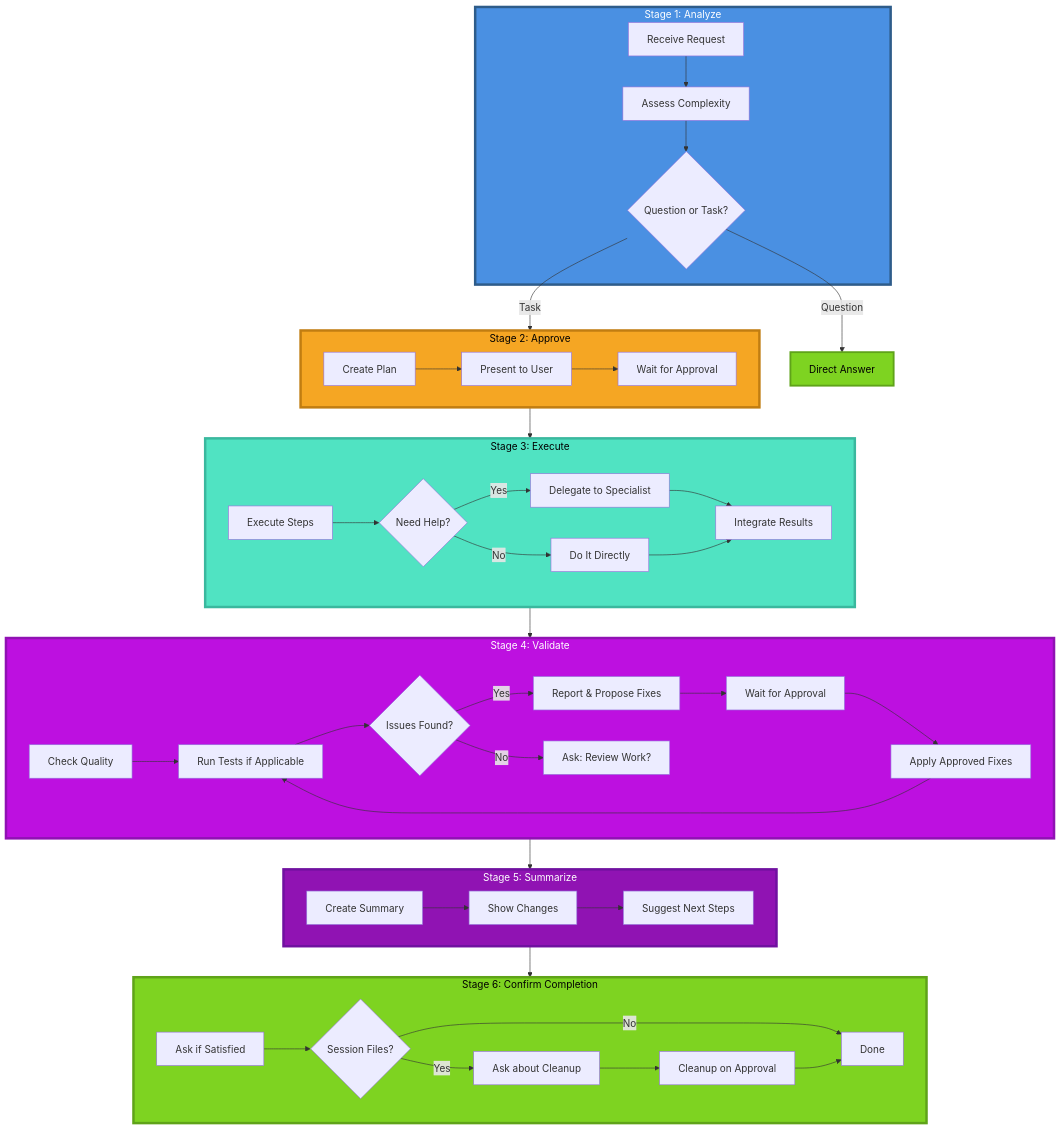
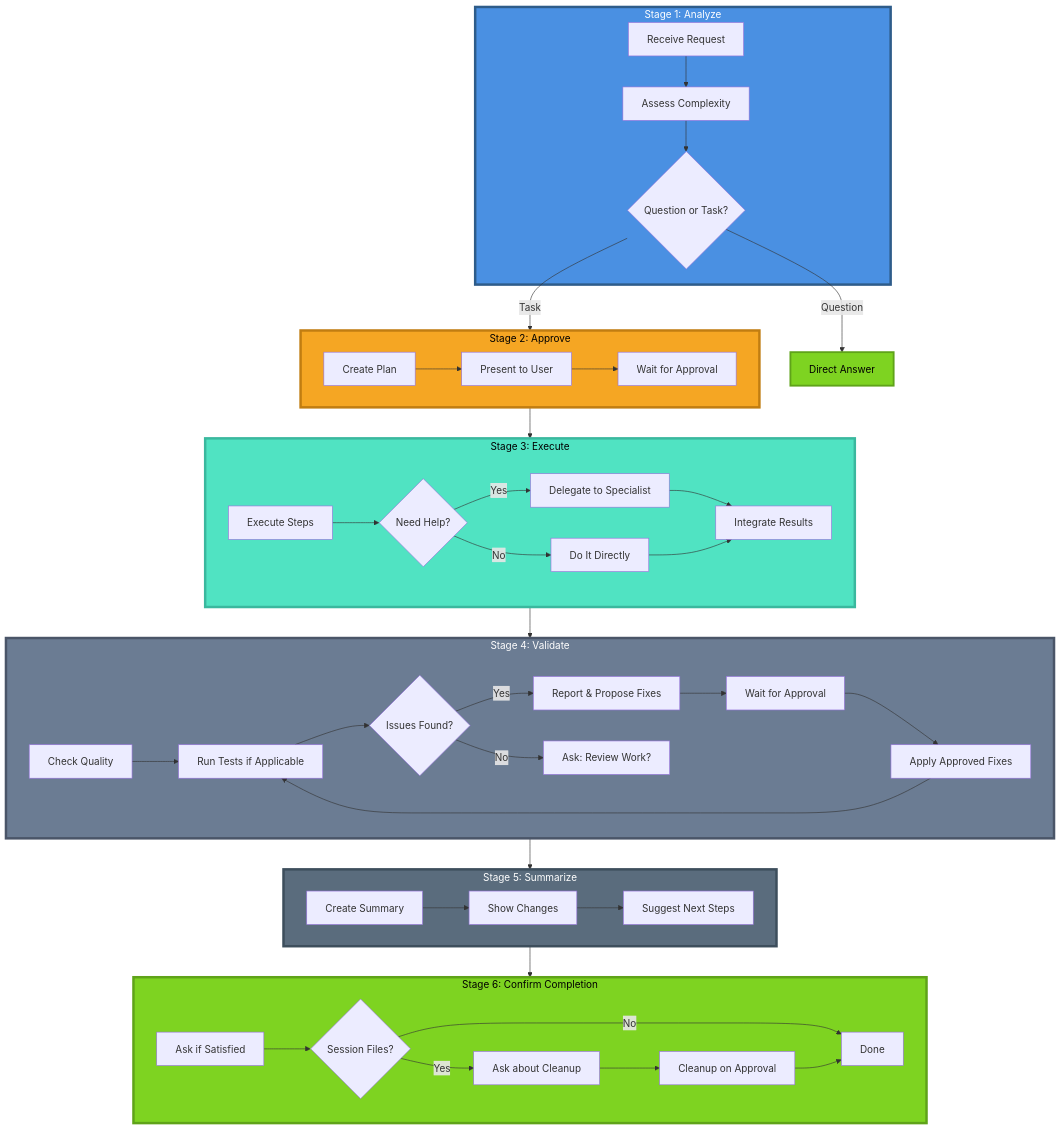
The fourth of 17 diagrams in docs/agents/openagent.md (shahboura/agents-copilot), drawn with Mermaid before and after one commit. The commit also changed other lines of this file and 25 other files, not shown here.

````diff
--- a/docs/agents/openagent.md
+++ b/docs/agents/openagent.md
@@ -145,58 +145,58 @@
 ```mermaid
 graph TD
     subgraph Stage1["Stage 1: Analyze"]
         A1[Receive Request] --> A2[Assess Complexity]
         A2 --> A3{Question or Task?}
     end
     
     subgraph Stage2["Stage 2: Approve"]
         B1[Create Plan] --> B2[Present to User]
         B2 --> B3[Wait for Approval]
     end
     
     subgraph Stage3["Stage 3: Execute"]
         C1[Execute Steps] --> C2{Need Help?}
         C2 -->|Yes| C3[Delegate to Specialist]
         C2 -->|No| C4[Do It Directly]
         C3 --> C5[Integrate Results]
         C4 --> C5
     end
     
     subgraph Stage4["Stage 4: Validate"]
         D1[Check Quality] --> D2[Run Tests if Applicable]
         D2 --> D3{Issues Found?}
         D3 -->|Yes| D4[Report & Propose Fixes]
         D4 --> D5[Wait for Approval]
         D5 --> D6[Apply Approved Fixes]
         D6 --> D2
         D3 -->|No| D7[Ask: Review Work?]
     end
     
     subgraph Stage5["Stage 5: Summarize"]
         E1[Create Summary] --> E2[Show Changes]
         E2 --> E3[Suggest Next Steps]
     end
     
     subgraph Stage6["Stage 6: Confirm Completion"]
         F1[Ask if Satisfied] --> F2{Session Files?}
         F2 -->|Yes| F3[Ask about Cleanup]
         F2 -->|No| F4[Done]
         F3 --> F5[Cleanup on Approval]
         F5 --> F4
     end
     
     A3 -->|Question| Answer[Direct Answer]
     A3 -->|Task| Stage2
     Stage2 --> Stage3
     Stage3 --> Stage4
     Stage4 --> Stage5
     Stage5 --> Stage6
     
     style Stage1 fill:#4A90E2,stroke:#2E5C8A,stroke-width:4px,color:#fff
     style Stage2 fill:#F5A623,stroke:#C17D11,stroke-width:4px,color:#000
     style Stage3 fill:#50E3C2,stroke:#3AB89E,stroke-width:4px,color:#000
-    style Stage4 fill:#BD10E0,stroke:#9012B3,stroke-width:4px,color:#fff
-    style Stage5 fill:#9013B3,stroke:#7011A0,stroke-width:4px,color:#fff
+    style Stage4 fill:#6B7C93,stroke:#4A5568,stroke-width:4px,color:#fff
+    style Stage5 fill:#5A6C7D,stroke:#3D4E5C,stroke-width:4px,color:#fff
     style Stage6 fill:#7ED321,stroke:#5FA319,stroke-width:4px,color:#000
     style Answer fill:#7ED321,stroke:#5FA319,stroke-width:3px,color:#000
 ```
````
